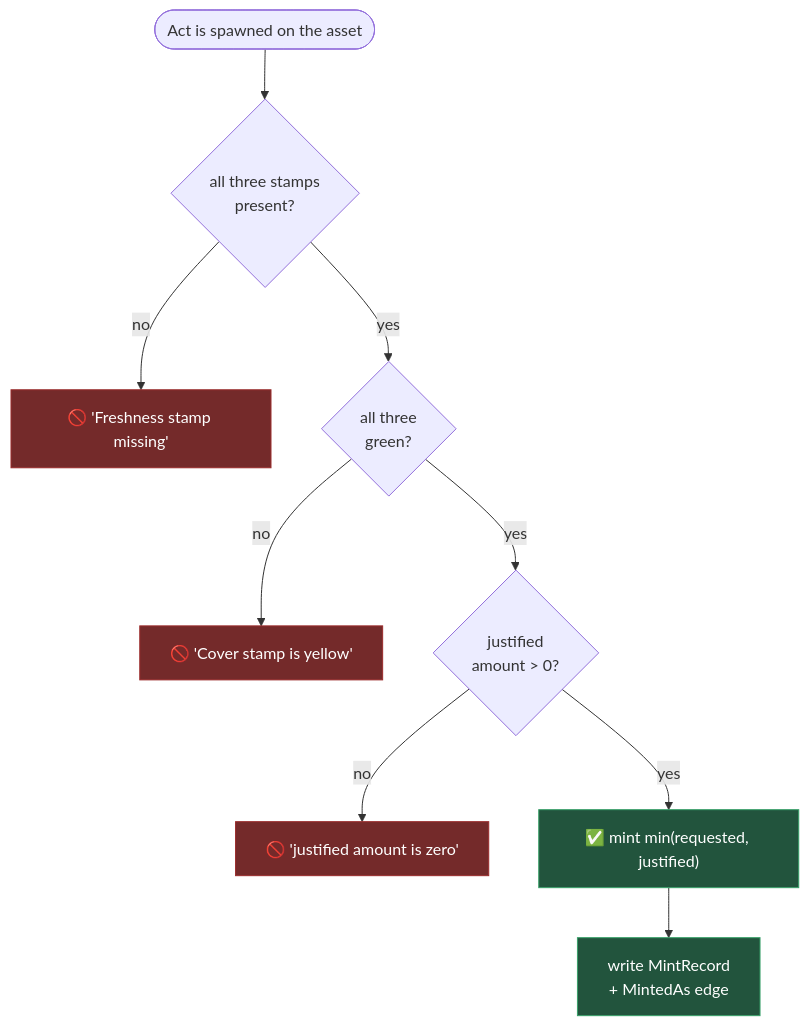
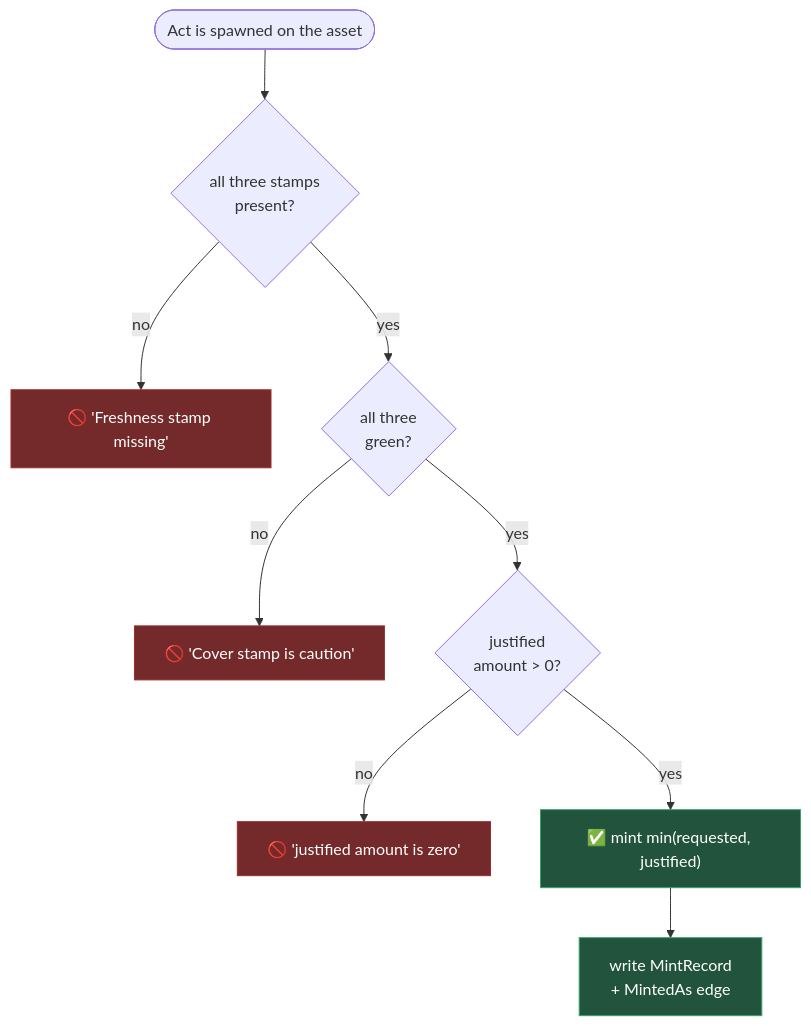
Before and after one commit to AgenticPortfolioX/POR-Jac-Enforced: the fourth of 5 diagrams in README.md, drawn with Mermaid. The commit also changed other lines of this file and 36 other files, not shown here.

Commit message:
fix(ui): reconnect graph edges, add scanning beam animation, replace yellow with caution everywhere

````diff
--- a/README.md
+++ b/README.md
@@ -126,17 +126,17 @@
 ```mermaid
 flowchart TD
     START(["Act is spawned on the asset"]) --> Q1{"all three stamps<br/>present?"}
     Q1 -->|no| R1["🚫 'Freshness stamp missing'"]
     Q1 -->|yes| Q2{"all three<br/>green?"}
-    Q2 -->|no| R2["🚫 'Cover stamp is yellow'"]
+    Q2 -->|no| R2["🚫 'Cover stamp is caution'"]
     Q2 -->|yes| Q3{"justified<br/>amount > 0?"}
     Q3 -->|no| R3["🚫 'justified amount is zero'"]
     Q3 -->|yes| GO["✅ mint min(requested, justified)"]
     GO --> REC["write MintRecord<br/>+ MintedAs edge"]
 
     style GO fill:#22543d,stroke:#38a169,color:#fff
     style REC fill:#22543d,stroke:#38a169,color:#fff
     style R1 fill:#742a2a,stroke:#9b2c2c,color:#fff
     style R2 fill:#742a2a,stroke:#9b2c2c,color:#fff
     style R3 fill:#742a2a,stroke:#9b2c2c,color:#fff
 ```
````
